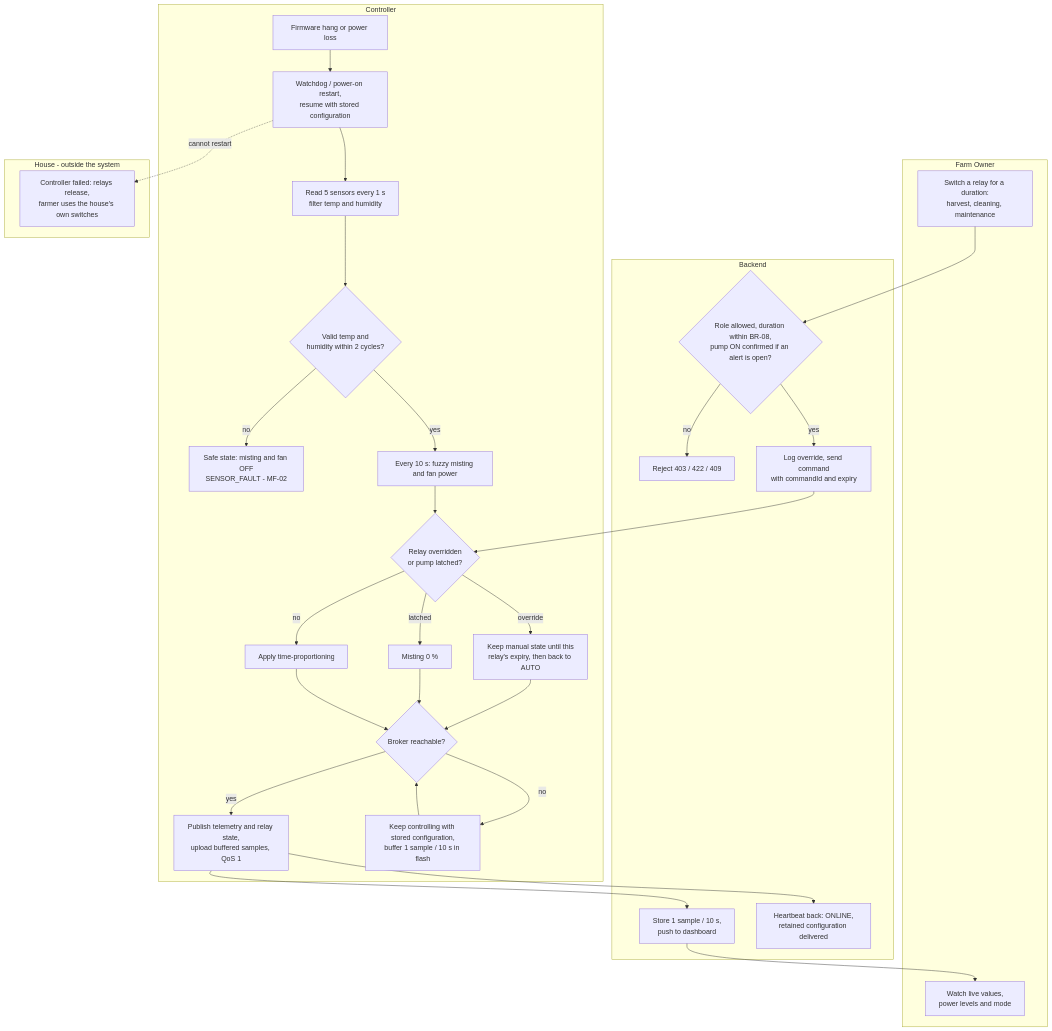
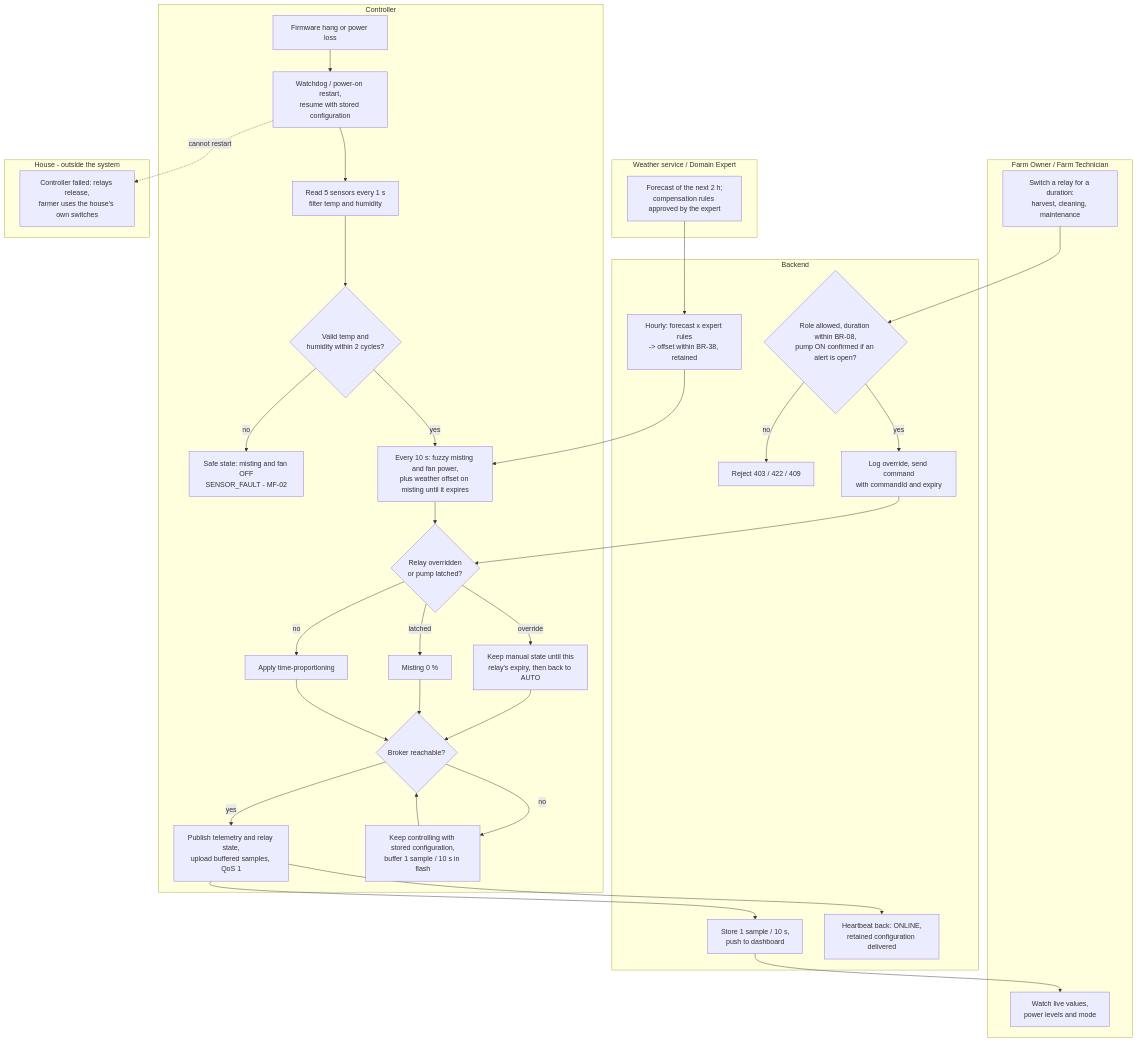
Before and after one commit to NBao261/SwiftletCare_KLTN: diagram 28 of 40 in docs/reports/report4-sdd.md, drawn with Mermaid. The commit also changed other lines of this file, not shown here.

````diff
--- a/docs/reports/report4-sdd.md
+++ b/docs/reports/report4-sdd.md
@@ -1075,36 +1337,41 @@
 ```mermaid
 flowchart TB
   subgraph C[Controller]
     A1[Read 5 sensors every 1 s<br/>filter temp and humidity] --> A2{Valid temp and<br/>humidity within 2 cycles?}
     A2 -- no --> A3[Safe state: misting and fan OFF<br/>SENSOR_FAULT - MF-02]
-    A2 -- yes --> A4[Every 10 s: fuzzy misting and fan power]
+    A2 -- yes --> A4[Every 10 s: fuzzy misting and fan power,<br/>plus weather offset on misting until it expires]
     A4 --> A5{Relay overridden<br/>or pump latched?}
     A5 -- override --> A6[Keep manual state until this<br/>relay's expiry, then back to AUTO]
     A5 -- latched --> A7[Misting 0 %]
     A5 -- no --> A8[Apply time-proportioning]
     A6 & A7 & A8 --> A9{Broker reachable?}
     A9 -- yes --> A10[Publish telemetry and relay state,<br/>upload buffered samples, QoS 1]
     A9 -- no --> A11[Keep controlling with stored configuration,<br/>buffer 1 sample / 10 s in flash]
     A12[Firmware hang or power loss] --> A13[Watchdog / power-on restart,<br/>resume with stored configuration]
   end
   subgraph B[Backend]
     B1[Store 1 sample / 10 s,<br/>push to dashboard]
     B2{Role allowed, duration within BR-08,<br/>pump ON confirmed if an alert is open?} -- no --> B3[Reject 403 / 422 / 409]
     B2 -- yes --> B4[Log override, send command<br/>with commandId and expiry]
     B5[Heartbeat back: ONLINE,<br/>retained configuration delivered]
+    B6[Hourly: forecast x expert rules<br/>-> offset within BR-38, retained]
   end
-  subgraph O[Farm Owner]
+  subgraph W[Weather service / Domain Expert]
+    W1[Forecast of the next 2 h;<br/>compensation rules approved by the expert]
+  end
+  subgraph O[Farm Owner / Farm Technician]
     O1[Watch live values,<br/>power levels and mode]
     O2[Switch a relay for a duration:<br/>harvest, cleaning, maintenance]
   end
   subgraph H[House - outside the system]
     H1[Controller failed: relays release,<br/>farmer uses the house's own switches]
   end
   A10 --> B1 --> O1
   A10 --> B5
   A11 --> A9
   A13 --> A1
   O2 --> B2
   B4 --> A5
+  W1 --> B6 --> A4
   A13 -. cannot restart .-> H1
 ```
````
